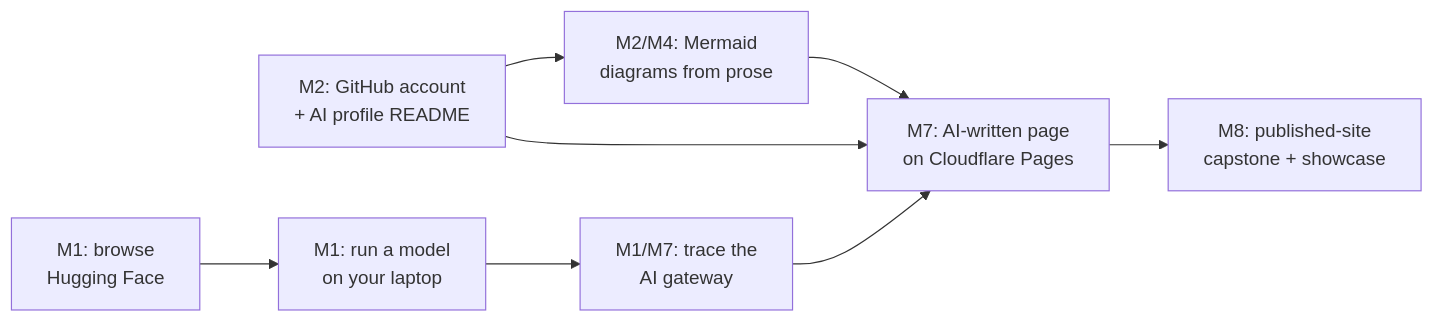
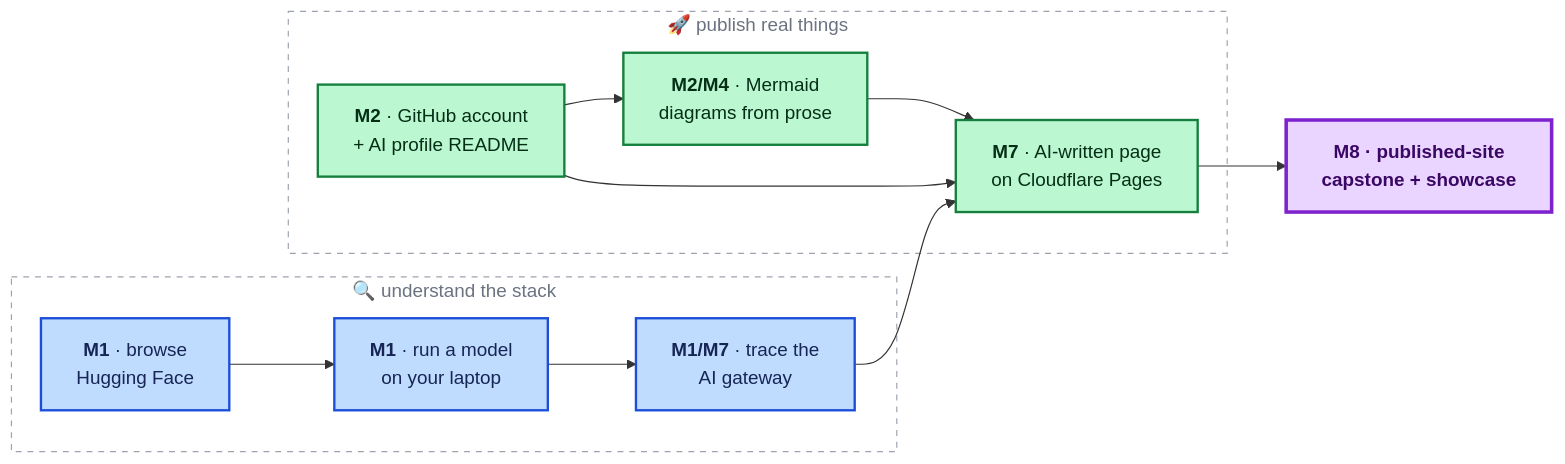
The third of 3 diagrams in intro-ai-tools/ACTIVITY_CONCEPTS.md (mvalancy/lesson-plans), drawn with Mermaid before and after one commit. The commit also changed other lines of this file and 1 other file, not shown here.

First line of the commit message:
Style the mermaid diagrams: color-coded nodes, bold titles, thread groupings

````diff
--- a/intro-ai-tools/ACTIVITY_CONCEPTS.md
+++ b/intro-ai-tools/ACTIVITY_CONCEPTS.md
@@ -100,10 +130,23 @@
 ```mermaid
 flowchart LR
-    HF["M1: browse<br/>Hugging Face"] --> LM["M1: run a model<br/>on your laptop"]
-    LM --> GW["M1/M7: trace the<br/>AI gateway"]
-    GH["M2: GitHub account<br/>+ AI profile README"] --> MM["M2/M4: Mermaid<br/>diagrams from prose"]
-    MM --> CF["M7: AI-written page<br/>on Cloudflare Pages"]
-    GH --> CF
+    subgraph understand ["🔍 understand the stack"]
+        HF["<b>M1</b> · browse<br/>Hugging Face"] --> LM["<b>M1</b> · run a model<br/>on your laptop"]
+        LM --> GW["<b>M1/M7</b> · trace the<br/>AI gateway"]
+    end
+    subgraph publish ["🚀 publish real things"]
+        GH["<b>M2</b> · GitHub account<br/>+ AI profile README"] --> MM["<b>M2/M4</b> · Mermaid<br/>diagrams from prose"]
+        MM --> CF["<b>M7</b> · AI-written page<br/>on Cloudflare Pages"]
+        GH --> CF
+    end
     GW --> CF
-    CF --> CAP["M8: published-site<br/>capstone + showcase"]
+    CF --> CAP["<b>M8 · published-site<br/>capstone + showcase</b>"]
+
+    classDef stack fill:#bfdbfe,stroke:#1d4ed8,stroke-width:2px,color:#172554
+    classDef ship fill:#bbf7d0,stroke:#15803d,stroke-width:2px,color:#052e16
+    classDef cap fill:#e9d5ff,stroke:#7e22ce,stroke-width:3px,color:#3b0764
+    classDef cluster fill:none,stroke:#9ca3af,stroke-dasharray:5 5,color:#6b7280
+    class HF,LM,GW stack
+    class GH,MM,CF ship
+    class CAP cap
+    class understand,publish cluster
 ```
````
